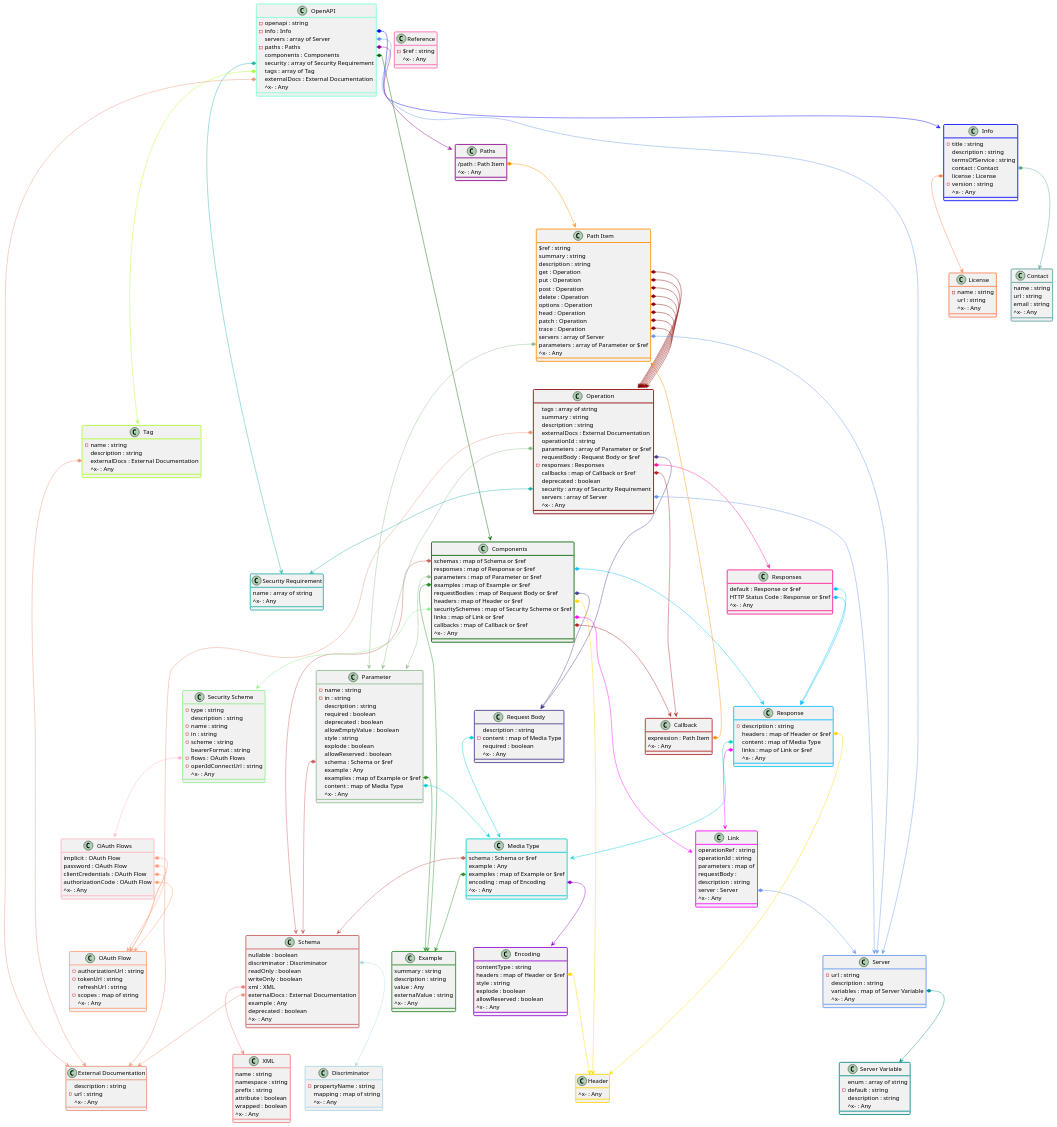
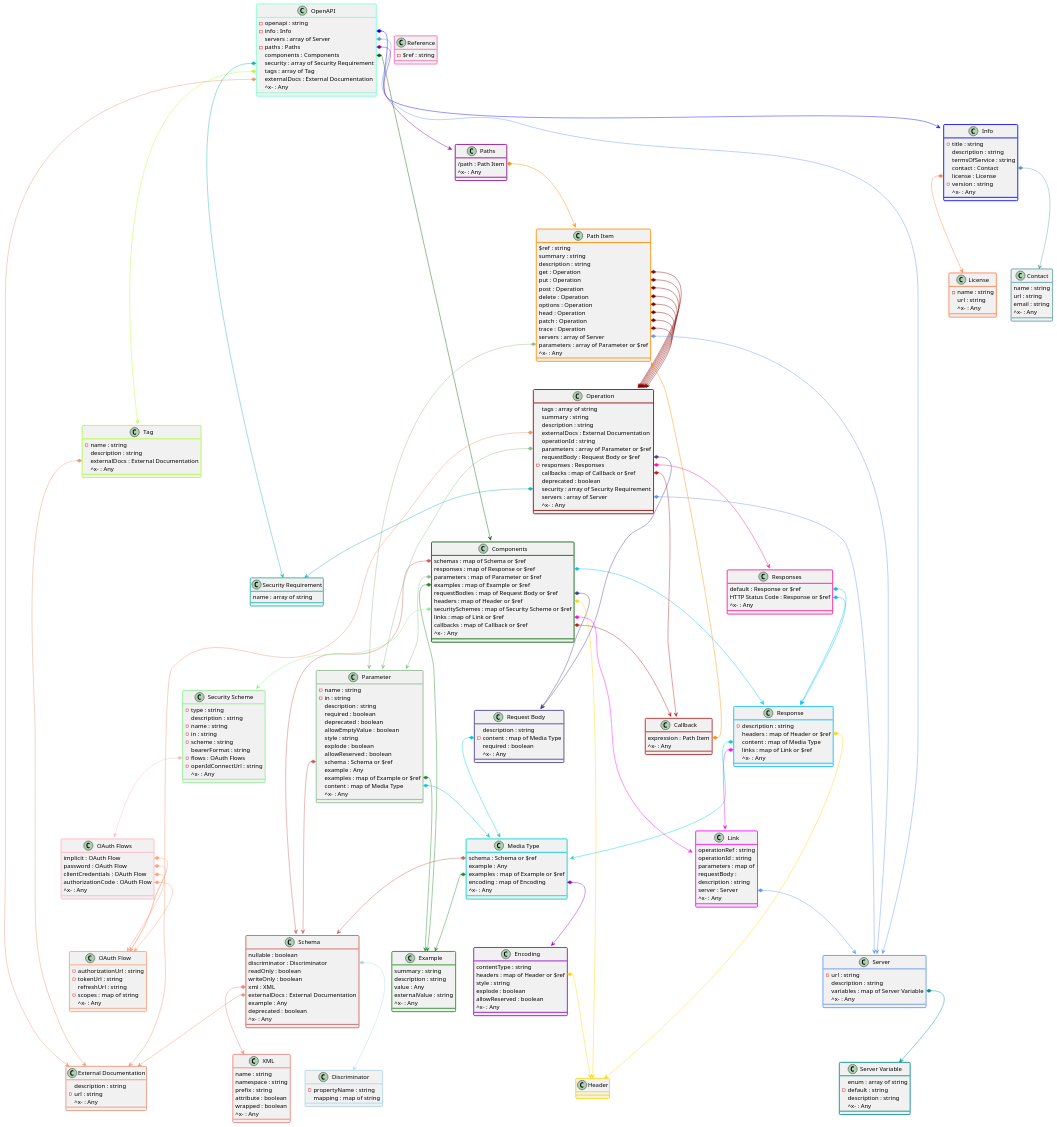
Before and after one commit to arno-di-loreto/api-specifications-documentation-as-data: the diagram in specifications-data/3.0.3.puml, drawn with PlantUML. The commit also changed 37 other files, not shown here.

```diff
--- a/specifications-data/3.0.3.puml
+++ b/specifications-data/3.0.3.puml
@@ -236,7 +236,6 @@
 "Link::server"*-->"Server" #CornflowerBlue
 
 class "Header" #line:Gold;line.bold {
-  ^x- : Any
 }
 
 class "Tag" #line:GreenYellow;line.bold {
@@ -249,7 +248,6 @@
 
 class "Reference" #line:HotPink;line.bold {
   -$ref : string
-  ^x- : Any
 }
 
 class "Schema" #line:IndianRed;line.bold {
@@ -270,7 +268,6 @@
 class "Discriminator" #line:LightBlue;line.bold {
   -propertyName : string
   mapping : map of string
-  ^x- : Any
 }
 
 class "XML" #line:LightCoral;line.bold {
@@ -317,7 +314,6 @@
 
 class "Security Requirement" #line:LightSeaGreen;line.bold {
   name : array of string
-  ^x- : Any
 }
 
 @enduml
```
